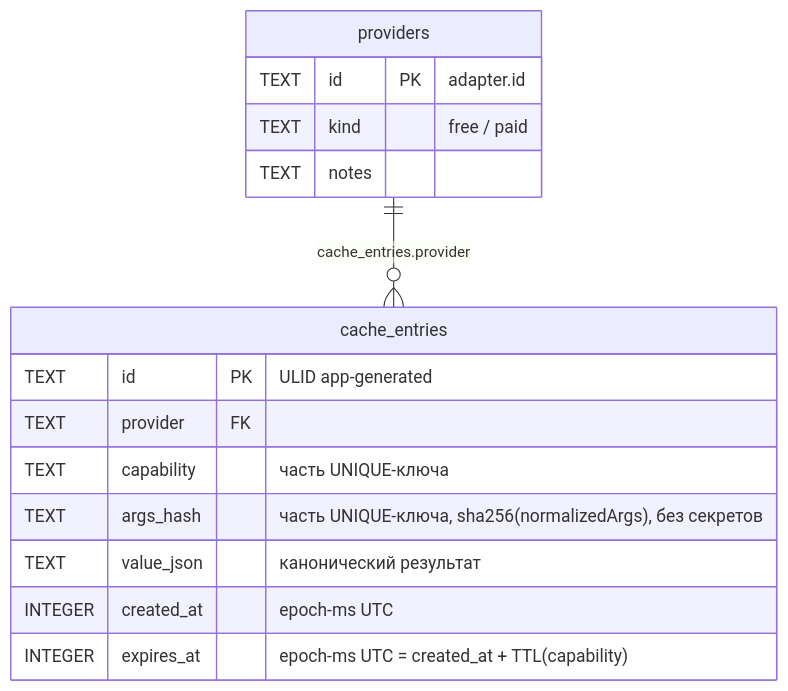
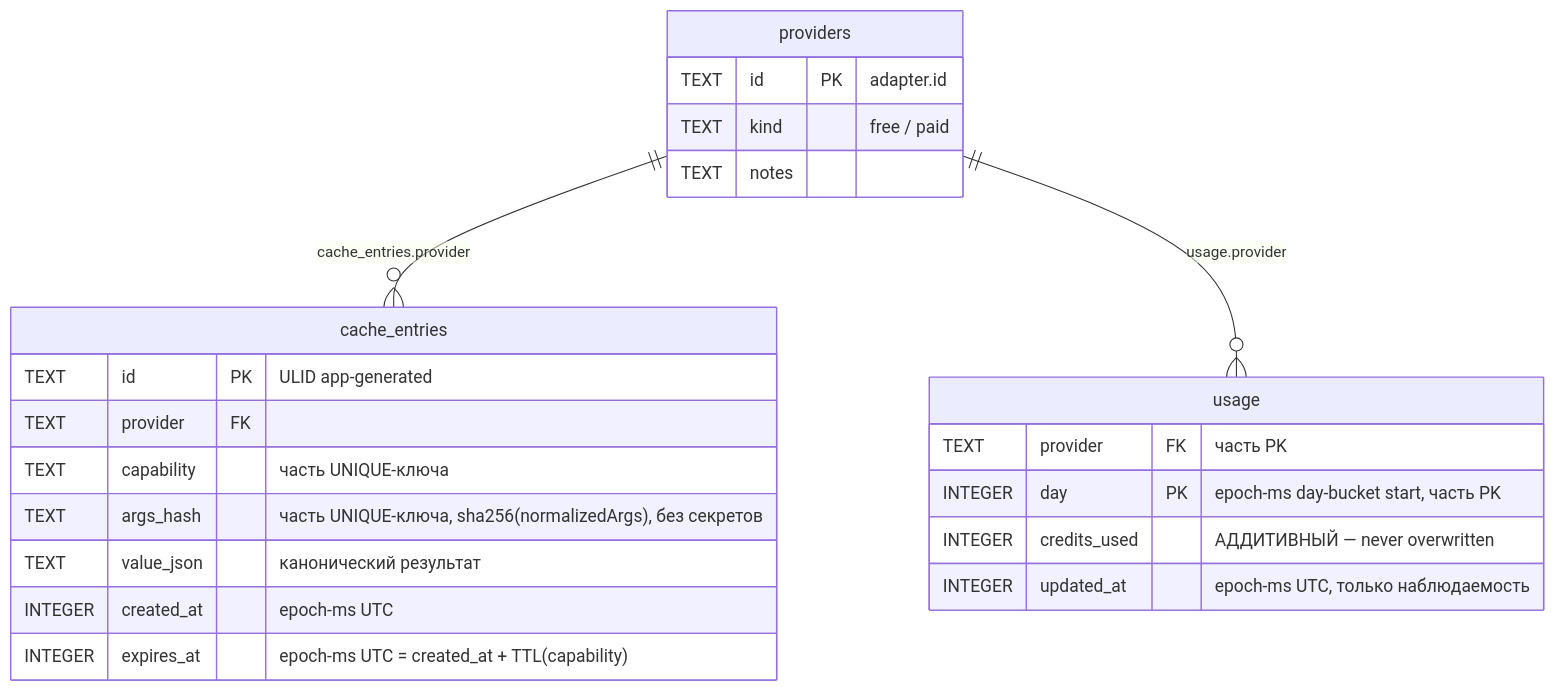
Before and after one commit to MatrixFounder/onchain-analytics: the diagram in docs/architectures/data-model.md, drawn with Mermaid. The commit also changed other lines of this file and 20 other files, not shown here.

First line of the commit message:
docs(m2): TASK-005 + ARCHITECTURE + PLAN — Nansen alpha layer + credit budget-guard (planned)

````diff
--- a/docs/architectures/data-model.md
+++ b/docs/architectures/data-model.md
@@ -61,20 +174,28 @@
 ```mermaid
 erDiagram
   providers ||--o{ cache_entries : "cache_entries.provider"
+  providers ||--o{ usage : "usage.provider"
 
   providers {
     TEXT id PK "adapter.id"
     TEXT kind "free / paid"
     TEXT notes
   }
 
   cache_entries {
     TEXT id PK "ULID app-generated"
     TEXT provider FK
     TEXT capability "часть UNIQUE-ключа"
     TEXT args_hash "часть UNIQUE-ключа, sha256(normalizedArgs), без секретов"
     TEXT value_json "канонический результат"
     INTEGER created_at "epoch-ms UTC"
     INTEGER expires_at "epoch-ms UTC = created_at + TTL(capability)"
   }
+
+  usage {
+    TEXT provider FK "часть PK"
+    INTEGER day PK "epoch-ms day-bucket start, часть PK"
+    INTEGER credits_used "АДДИТИВНЫЙ — never overwritten"
+    INTEGER updated_at "epoch-ms UTC, только наблюдаемость"
+  }
 ```
````
